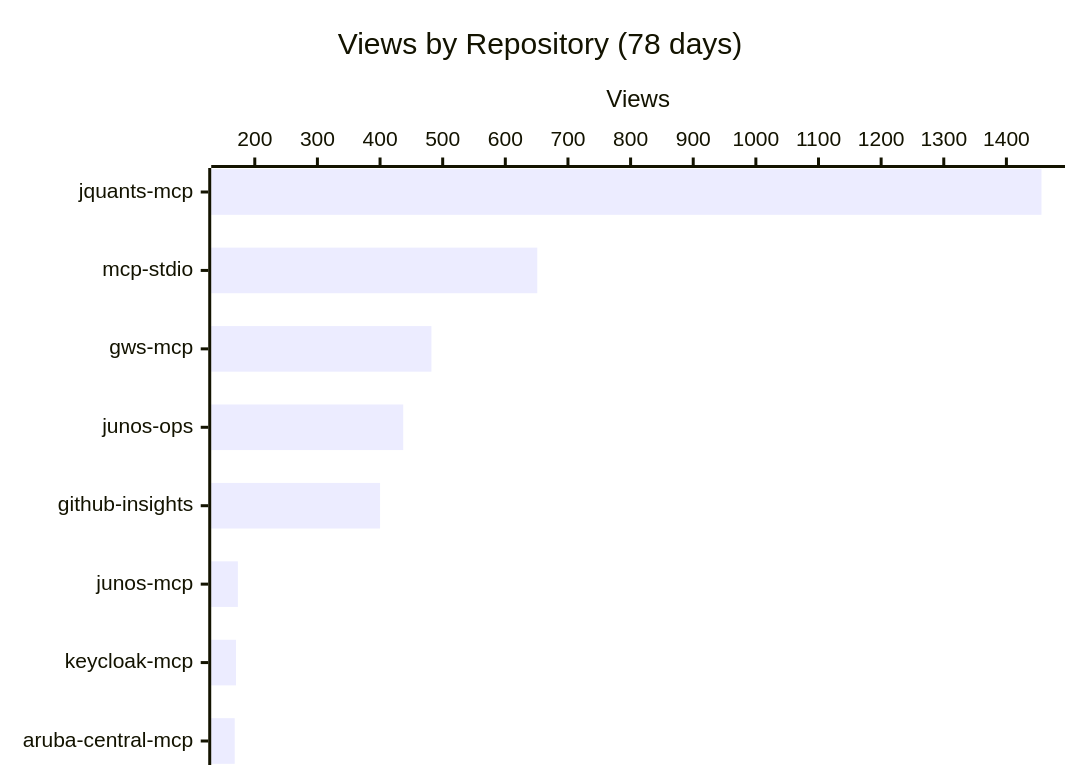
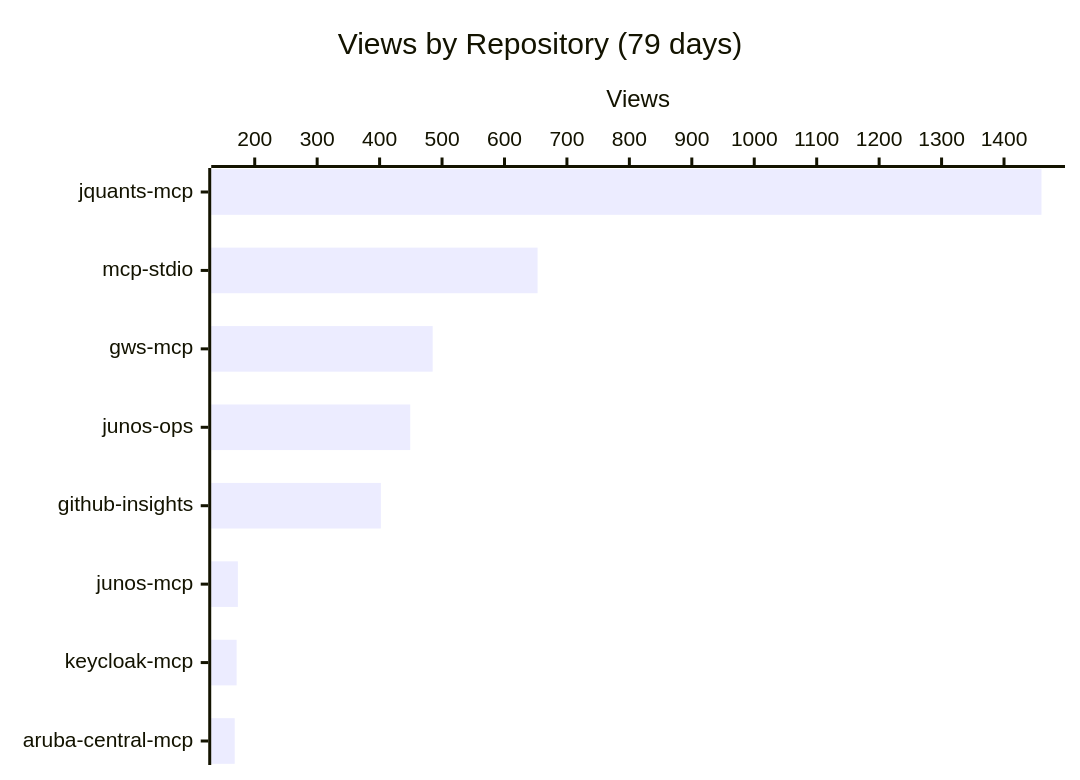
The first of 3 diagrams in README.md (shigechika/github-insights), drawn with Mermaid before and after one commit. The commit also changed other lines of this file and 2 other files, not shown here.

````diff
--- a/README.md
+++ b/README.md
@@ -18,7 +18,7 @@
 ```mermaid
 xychart-beta horizontal
-    title "Views by Repository (78 days)"
+    title "Views by Repository (79 days)"
     x-axis ["jquants-mcp", "mcp-stdio", "gws-mcp", "junos-ops", "github-insights", "junos-mcp", "keycloak-mcp", "aruba-central-mcp"]
     y-axis "Views"
-    bar [1456, 651, 482, 437, 400, 173, 170, 168]
+    bar [1460, 653, 485, 449, 402, 173, 171, 168]
 ```
````
